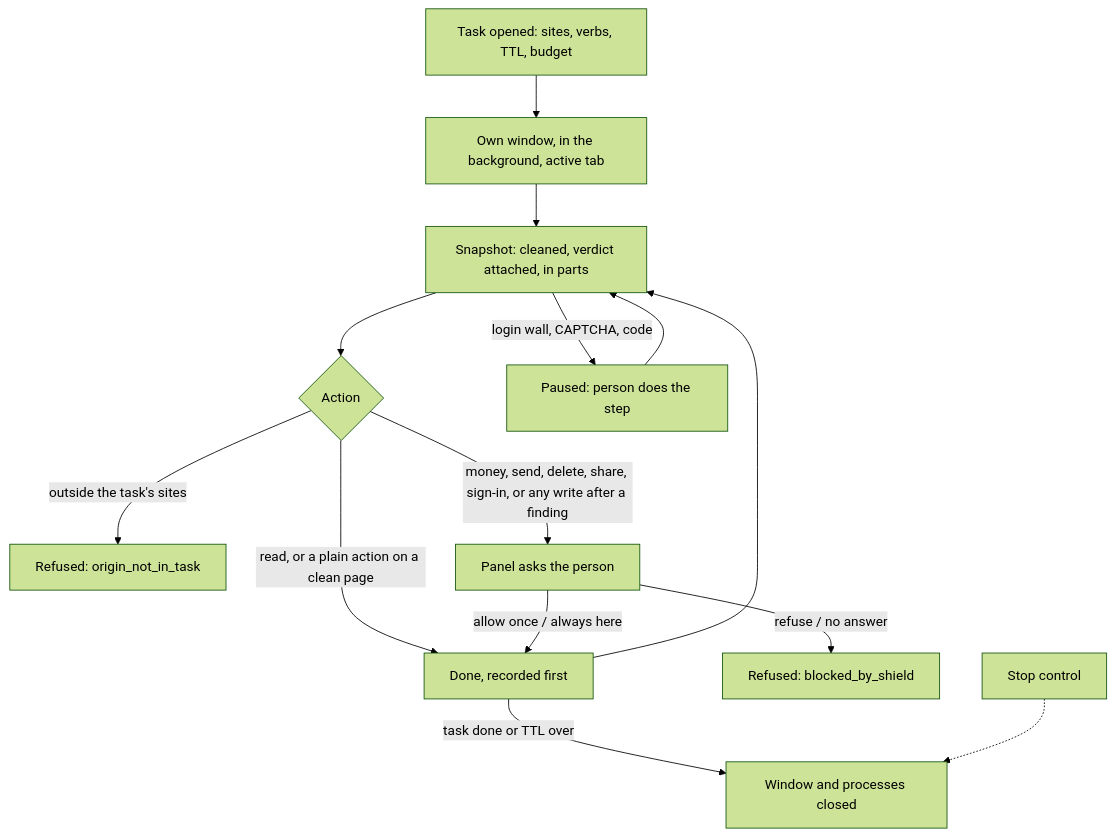
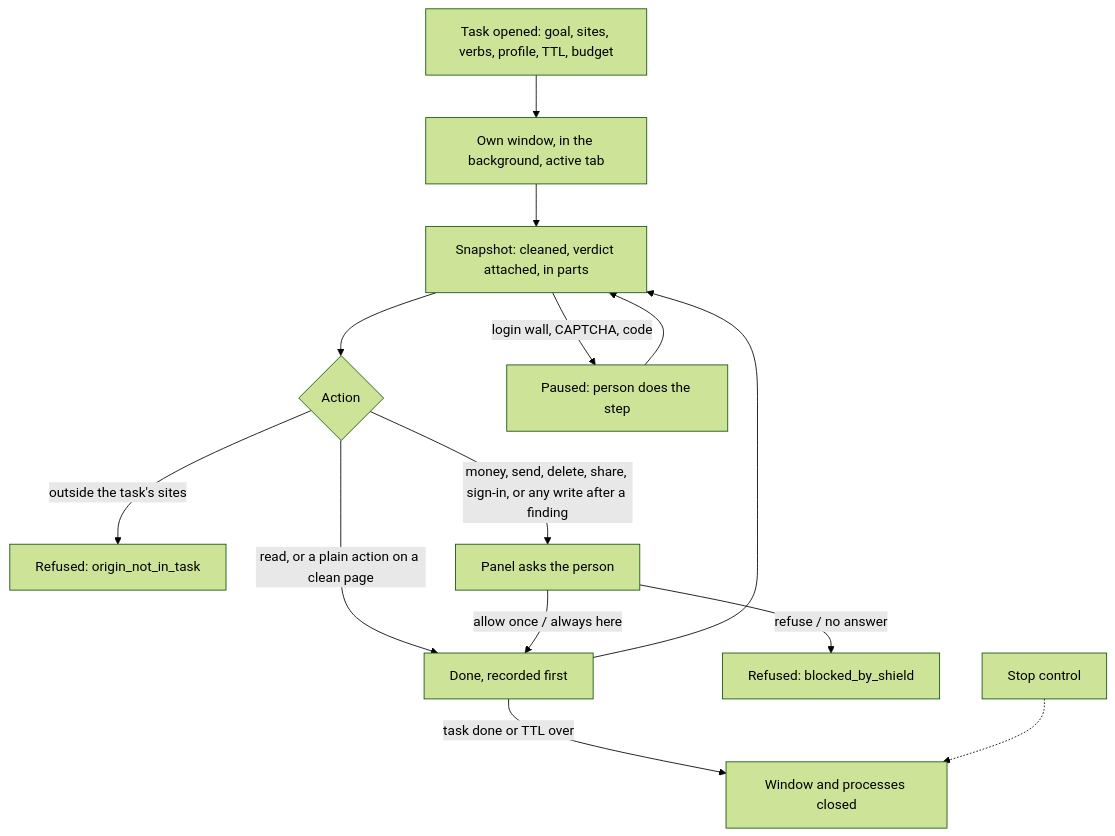
Before and after one commit to passioncode-ai/okolos: diagram 22 of 23 in docs/ux/flows.md, drawn with Mermaid (forest theme). The commit also changed 12 other files, not shown here.

````diff
--- a/docs/ux/flows.md
+++ b/docs/ux/flows.md
@@ -737,15 +737,15 @@
 ```mermaid
 flowchart TD
-  T[Task opened: sites, verbs, TTL, budget] --> W[Own window, in the background, active tab]
+  T[Task opened: goal, sites, verbs, profile, TTL, budget] --> W[Own window, in the background, active tab]
   W --> S[Snapshot: cleaned, verdict attached, in parts]
   S --> A{Action}
   A -->|outside the task's sites| X1[Refused: origin_not_in_task]
   A -->|read, or a plain action on a clean page| G[Done, recorded first]
   A -->|money, send, delete, share, sign-in, or any write after a finding| Q[Panel asks the person]
   Q -->|allow once / always here| G
   Q -->|refuse / no answer| X2[Refused: blocked_by_shield]
   S -->|login wall, CAPTCHA, code| H[Paused: person does the step] --> S
   G --> S
   G -->|task done or TTL over| E[Window and processes closed]
   STOP[Stop control] -.-> E
 ```
````
